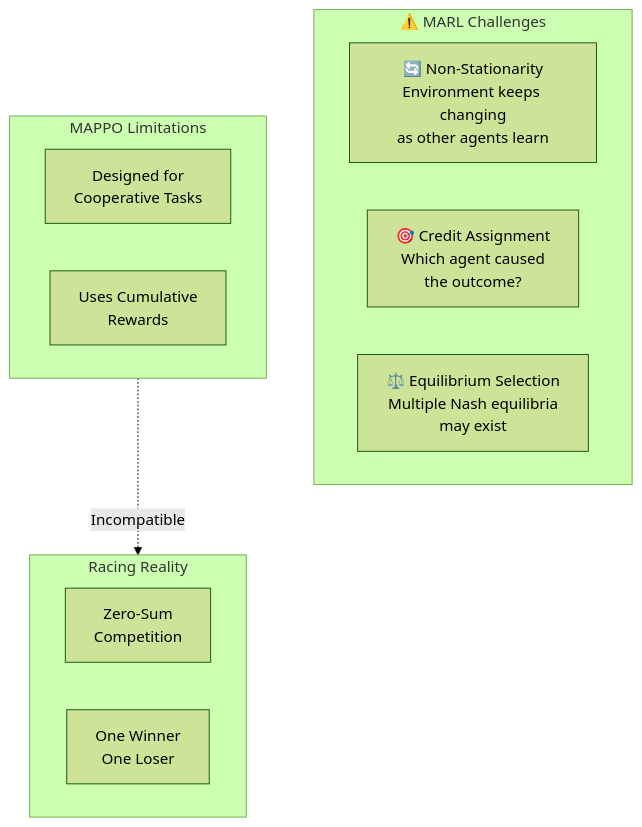
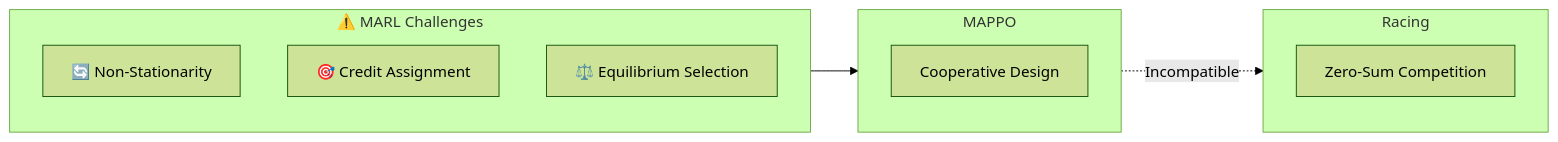
The fourth of 8 diagrams in _posts/project/2025-11-22-agent-mcqueen.md (leesg0107/leesg0107.github.io), drawn with Mermaid (forest theme) before and after one commit. The commit also changed other lines of this file, not shown here.

First line of the commit message:
Change vertical Mermaid diagrams to horizontal layout

```diff
--- a/_posts/project/2025-11-22-agent-mcqueen.md
+++ b/_posts/project/2025-11-22-agent-mcqueen.md
@@ -187,20 +177,19 @@
 <div class="mermaid">
-flowchart TB
+flowchart LR
     subgraph CHALLENGES["⚠️ MARL Challenges"]
-        NS["🔄 Non-Stationarity<br/>Environment keeps changing<br/>as other agents learn"]
-        CA["🎯 Credit Assignment<br/>Which agent caused<br/>the outcome?"]
-        EQ["⚖️ Equilibrium Selection<br/>Multiple Nash equilibria<br/>may exist"]
+        NS["🔄 Non-Stationarity"]
+        CA["🎯 Credit Assignment"]
+        EQ["⚖️ Equilibrium Selection"]
     end
 
-    subgraph MAPPO["MAPPO Limitations"]
-        COOP["Designed for<br/>Cooperative Tasks"]
-        CUM["Uses Cumulative<br/>Rewards"]
+    subgraph MAPPO["MAPPO"]
+        COOP["Cooperative Design"]
     end
 
-    subgraph RACING["Racing Reality"]
-        COMP["Zero-Sum<br/>Competition"]
-        WIN["One Winner<br/>One Loser"]
+    subgraph RACING["Racing"]
+        COMP["Zero-Sum Competition"]
     end
 
+    CHALLENGES --> MAPPO
     MAPPO -.->|"Incompatible"| RACING
 </div>
```
